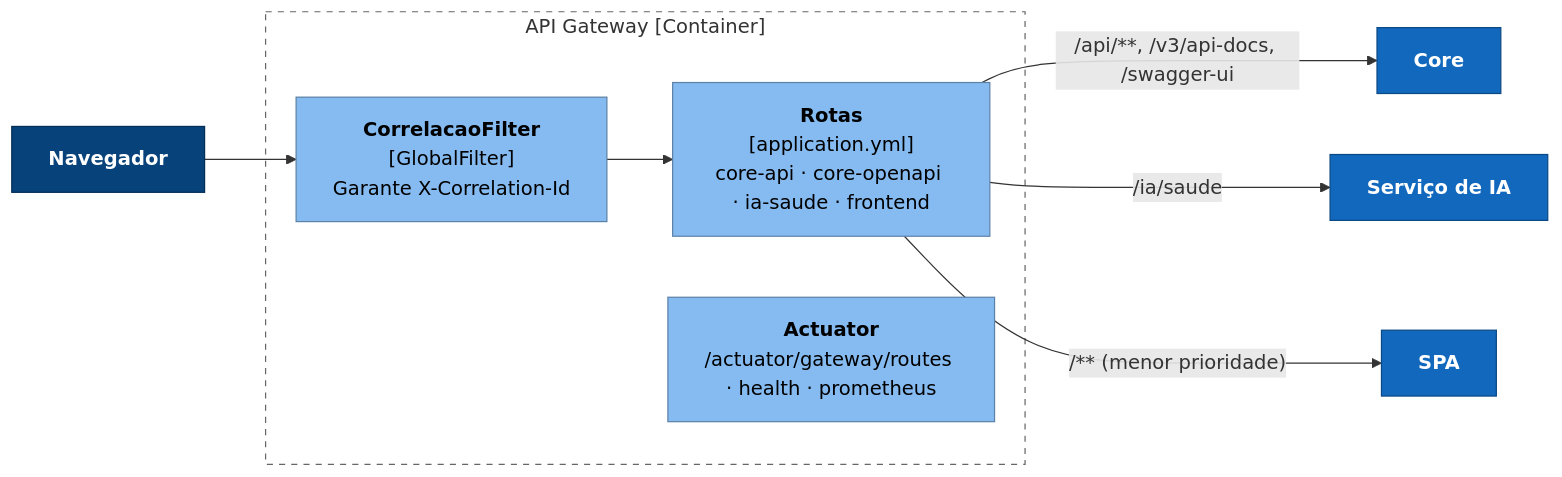
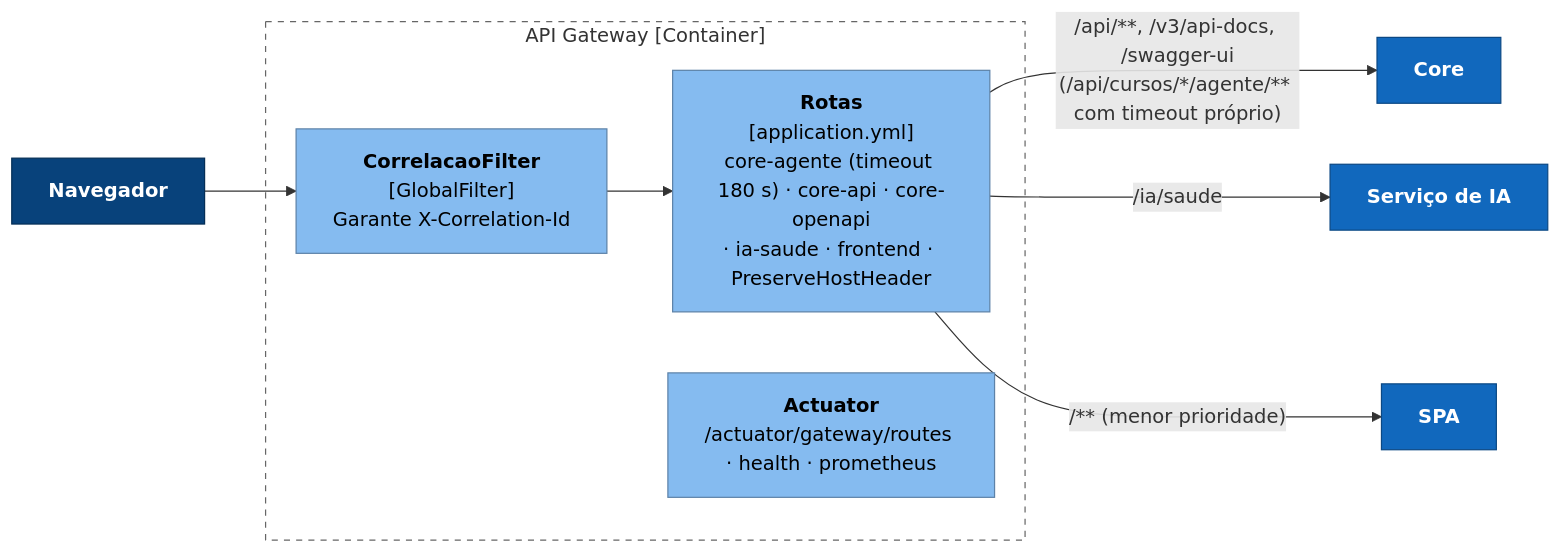
Before and after one commit to IHPNULL/gameeducator-backend: the fifth of 8 diagrams in README.md, drawn with Mermaid. The commit also changed other lines of this file and 31 other files, not shown here.

````diff
--- a/README.md
+++ b/README.md
@@ -207,21 +213,21 @@
 ```mermaid
 flowchart LR
     nav["<b>Navegador</b>"]:::pessoa
     subgraph gw["API Gateway [Container]"]
         corr["<b>CorrelacaoFilter</b><br/>[GlobalFilter]<br/>Garante X-Correlation-Id"]:::componente
-        rotas["<b>Rotas</b><br/>[application.yml]<br/>core-api · core-openapi · ia-saude · frontend"]:::componente
+        rotas["<b>Rotas</b><br/>[application.yml]<br/>core-agente (timeout 180 s) · core-api · core-openapi<br/>· ia-saude · frontend · PreserveHostHeader"]:::componente
         act["<b>Actuator</b><br/>/actuator/gateway/routes · health · prometheus"]:::componente
     end
     core["<b>Core</b>"]:::container
     spa["<b>SPA</b>"]:::container
     ia["<b>Serviço de IA</b>"]:::container
     nav --> corr --> rotas
-    rotas -->|"/api/**, /v3/api-docs, /swagger-ui"| core
+    rotas -->|"/api/**, /v3/api-docs, /swagger-ui<br/>(/api/cursos/*/agente/** com timeout próprio)"| core
     rotas -->|"/ia/saude"| ia
     rotas -->|"/** (menor prioridade)"| spa
 
     classDef pessoa fill:#08427b,stroke:#052e56,color:#fff
     classDef container fill:#1168bd,stroke:#0b4884,color:#fff
     classDef componente fill:#85bbf0,stroke:#5d82a8,color:#000
     style gw fill:none,stroke:#666,stroke-dasharray:5 5
 ```
````
